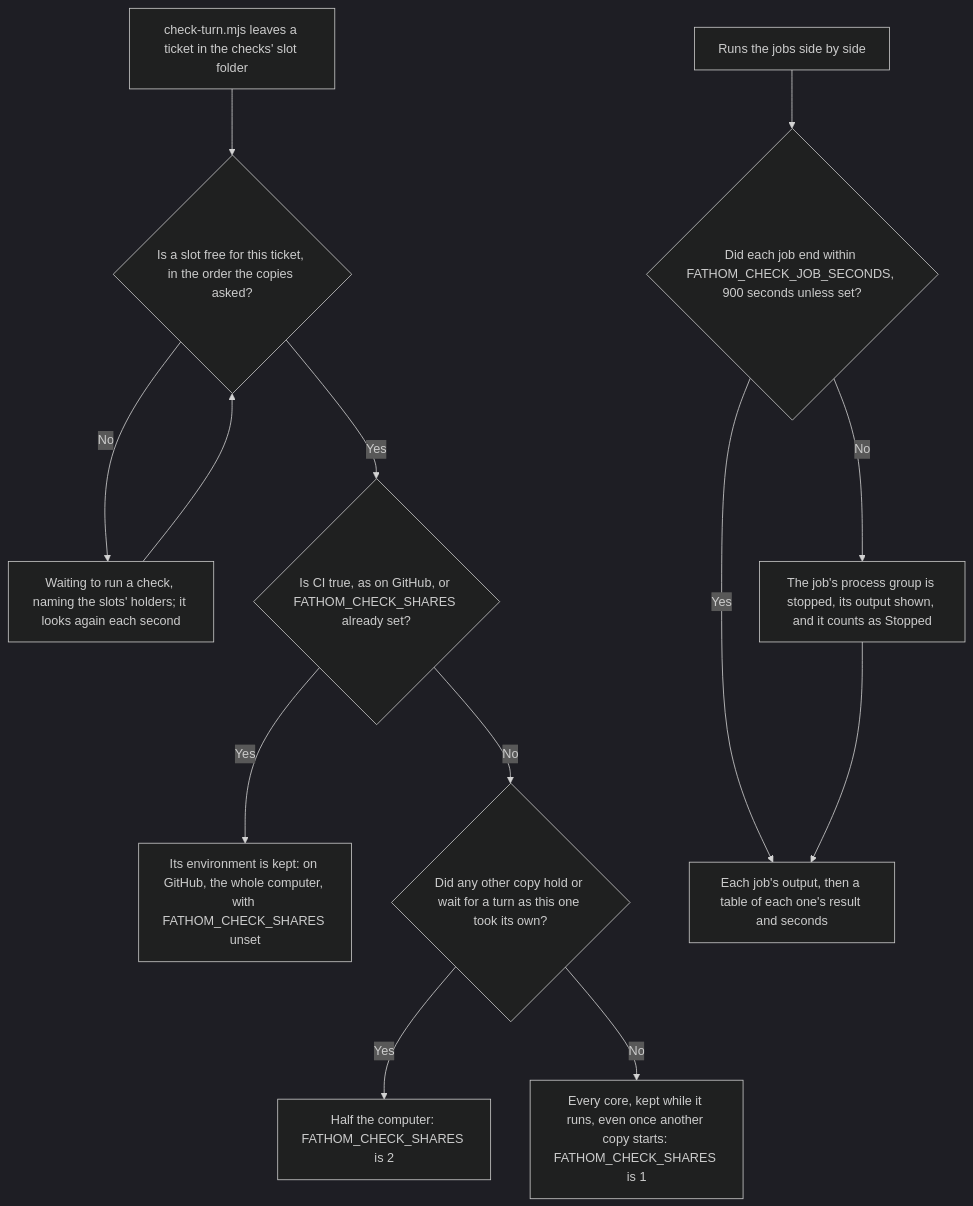
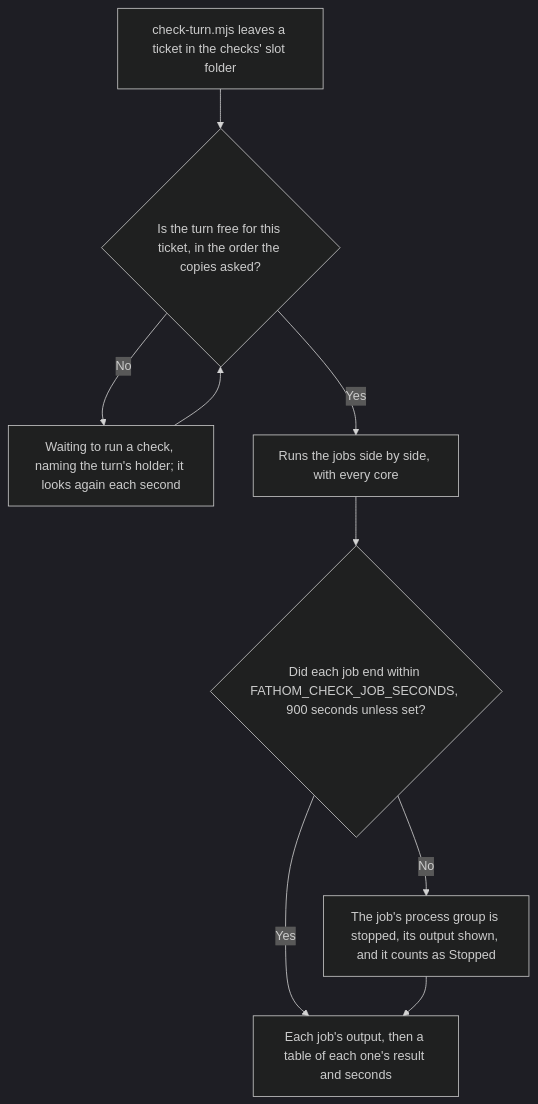
The sixth of 11 diagrams in docs/design/checks-and-ci.md (ribbitworks/fathom), drawn with Mermaid (dark theme) before and after one commit. The commit also changed other lines of this file and 8 other files, not shown here.

First line of the commit message:
chore: run checks one at a time, each with every core

````diff
--- a/docs/design/checks-and-ci.md
+++ b/docs/design/checks-and-ci.md
@@ -149,15 +149,11 @@
 ```mermaid
 flowchart TD
-    Ticket["check-turn.mjs leaves a ticket in the checks' slot folder"] --> Free{"Is a slot free for this ticket, in the order the copies asked?"}
-    Free -- No --> Wait["Waiting to run a check, naming the slots' holders; it looks again each second"]
+    Ticket["check-turn.mjs leaves a ticket in the checks' slot folder"] --> Free{"Is the turn free for this ticket, in the order the copies asked?"}
+    Free -- No --> Wait["Waiting to run a check, naming the turn's holder; it looks again each second"]
     Wait --> Free
-    Free -- Yes --> OnGitHub{"Is CI true, as on GitHub, or FATHOM_CHECK_SHARES already set?"}
-    OnGitHub -- Yes --> WholeComputer["Its environment is kept: on GitHub, the whole computer, with FATHOM_CHECK_SHARES unset"]
-    OnGitHub -- No --> Alone{"Did any other copy hold or wait for a turn as this one took its own?"}
-    Alone -- Yes --> HalfComputer["Half the computer: FATHOM_CHECK_SHARES is 2"]
-    Alone -- No --> EveryCore["Every core, kept while it runs, even once another copy starts: FATHOM_CHECK_SHARES is 1"]
-    Run["Runs the jobs side by side"] --> Limit{"Did each job end within FATHOM_CHECK_JOB_SECONDS, 900 seconds unless set?"}
+    Free -- Yes --> Run["Runs the jobs side by side, with every core"]
+    Run --> Limit{"Did each job end within FATHOM_CHECK_JOB_SECONDS, 900 seconds unless set?"}
     Limit -- No --> Stopped["The job's process group is stopped, its output shown, and it counts as Stopped"]
     Limit -- Yes --> Results["Each job's output, then a table of each one's result and seconds"]
     Stopped --> Results
 ```
````
